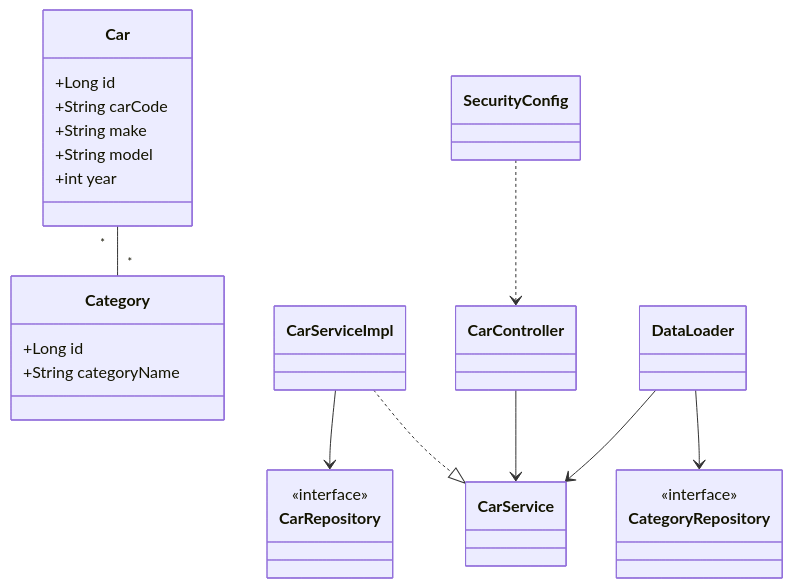
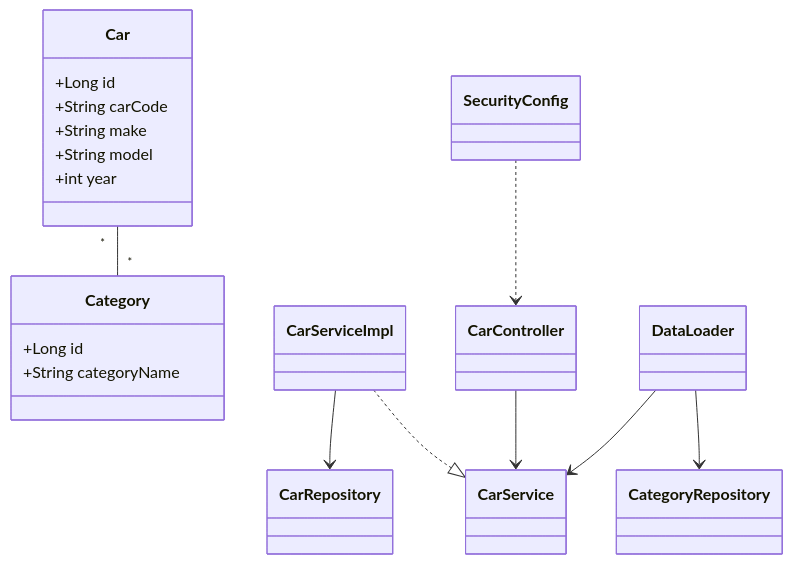
One commit to Olenchenko1212/carservicerest changed the diagram in README.md. Above: the diagram before and after it, drawn with Mermaid.

Commit message:
Refactor: Remove interface notation from Car and Category repositories

````diff
--- a/README.md
+++ b/README.md
@@ -50,33 +50,33 @@
 ```mermaid
 classDiagram
 
   class Car {
     +Long id
     +String carCode
     +String make
     +String model
     +int year
   }
 
   class Category {
     +Long id
     +String categoryName
   }
 
   Car "*" -- "*" Category
 
   class CarController
   class CarService
   class CarServiceImpl
-  class CarRepository <<interface>>
-  class CategoryRepository <<interface>>
+  class CarRepository
+  class CategoryRepository
   class SecurityConfig
   class DataLoader
 
   CarServiceImpl ..|> CarService
   CarController --> CarService
   CarServiceImpl --> CarRepository
   DataLoader --> CarService
   DataLoader --> CategoryRepository
   SecurityConfig ..> CarController
 ```
````
